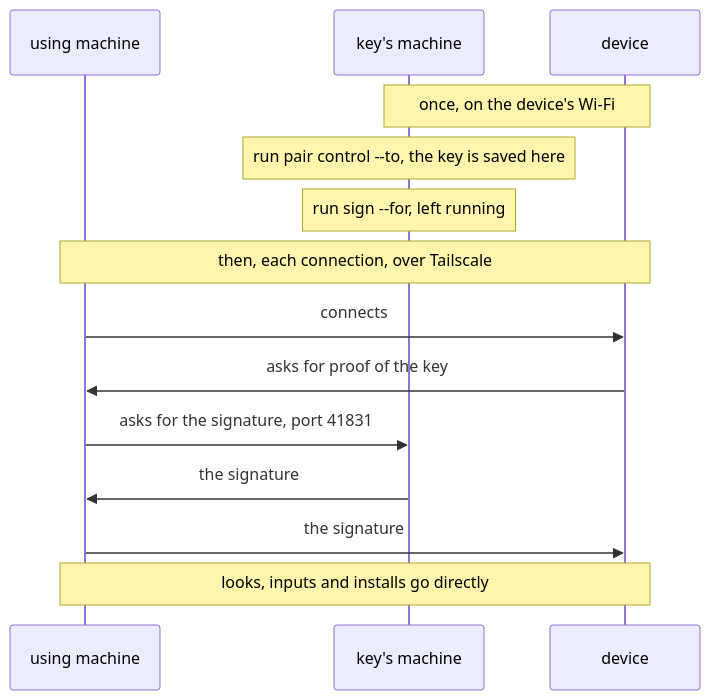
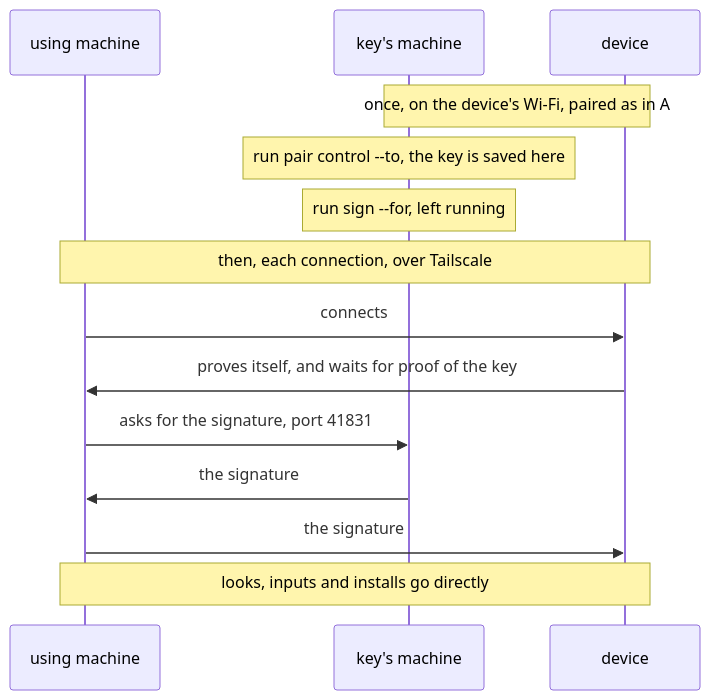
Before and after one commit to mh-mobile/RoamRun: the fourth of 4 diagrams in Rust/roamrunctl/README.md, drawn with Mermaid. The commit also changed other lines of this file, not shown here.

Commit message:
The figures, after a review against the source: the pairing is tried over Tailscale before its key is kept, the near machine says which device, the device proves itself first, and B's pairing is made as in A

````diff
--- a/Rust/roamrunctl/README.md
+++ b/Rust/roamrunctl/README.md
@@ -224,16 +226,16 @@
 ```mermaid
 sequenceDiagram
   participant U as using machine
   participant K as key's machine
   participant D as device
-  Note over K,D: once, on the device's Wi-Fi
+  Note over K,D: once, on the device's Wi-Fi, paired as in A
   Note over K: run pair control --to, the key is saved here
   Note over K: run sign --for, left running
   Note over U,D: then, each connection, over Tailscale
   U->>D: connects
-  D->>U: asks for proof of the key
+  D->>U: proves itself, and waits for proof of the key
   U->>K: asks for the signature, port 41831
   K->>U: the signature
   U->>D: the signature
   Note over U,D: looks, inputs and installs go directly
 ```
````
